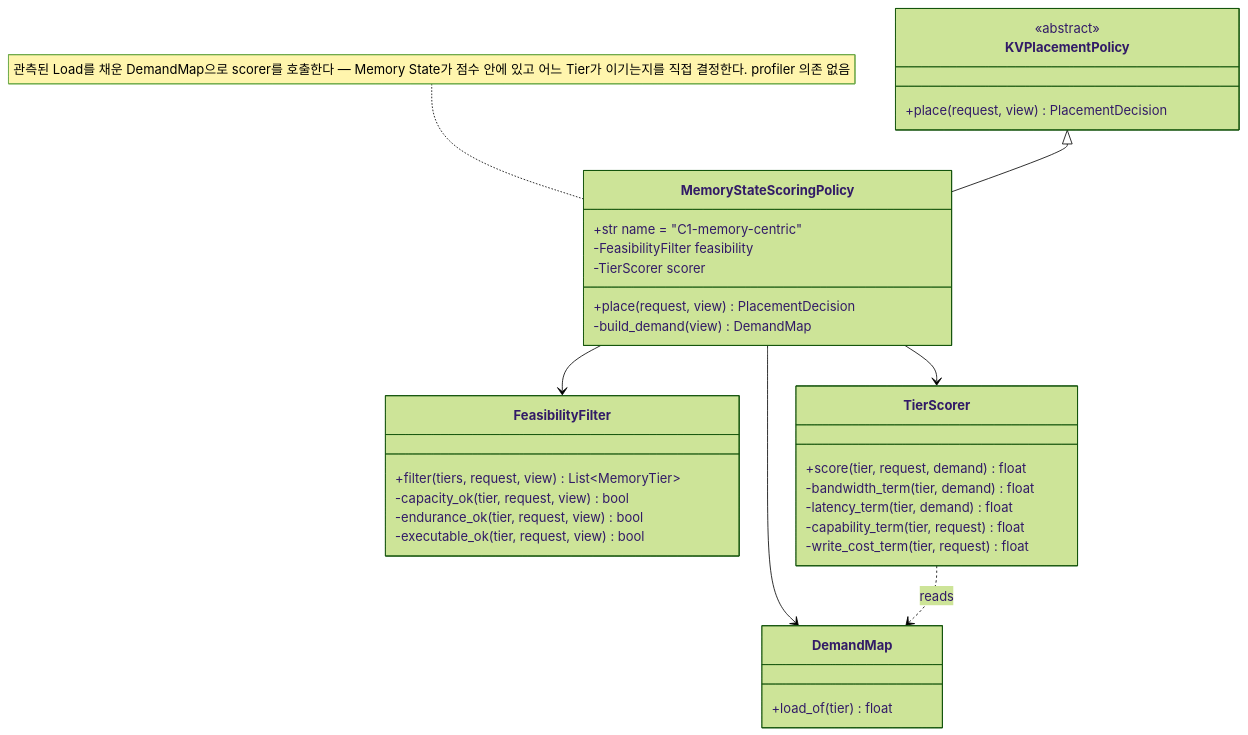
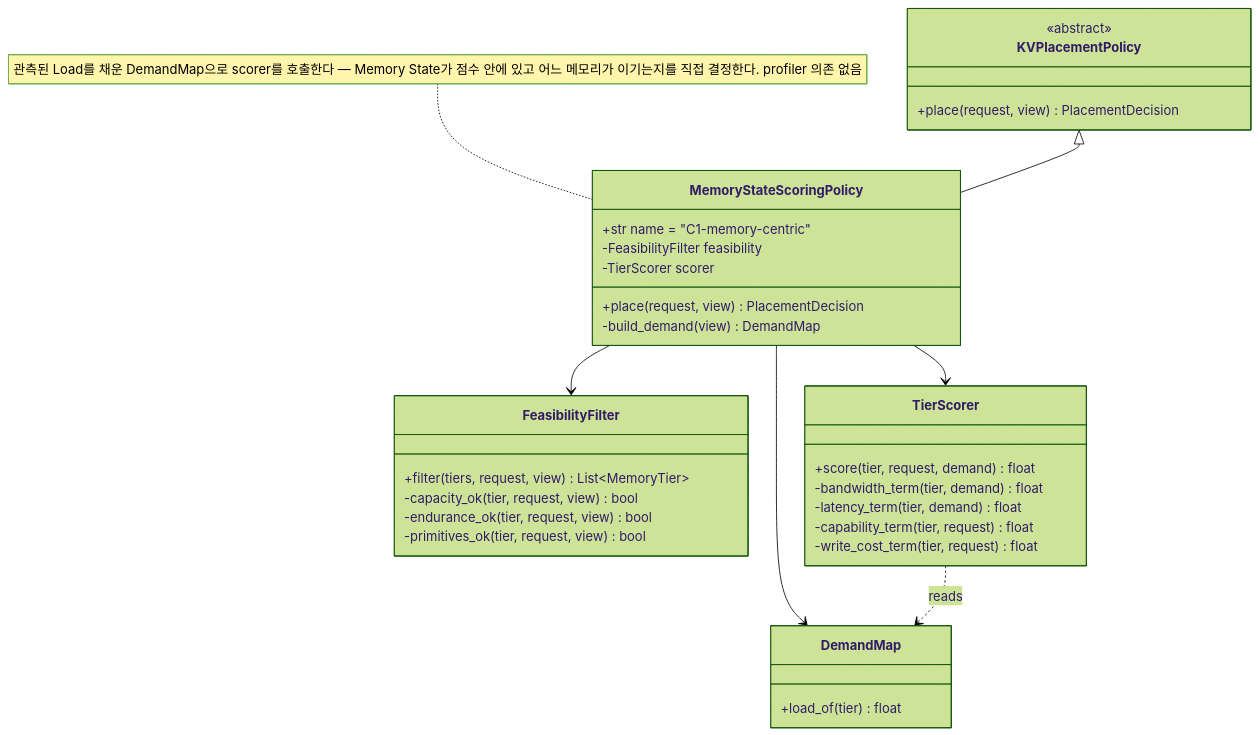
One commit to mkim0628/vllm changed the third of 8 diagrams in doc-architect/dp1-implementation-uml.md. Above: the diagram before and after it, drawn with Mermaid (forest theme). The commit also changed other lines of this file and 2 other files, not shown here.

````diff
--- a/doc-architect/dp1-implementation-uml.md
+++ b/doc-architect/dp1-implementation-uml.md
@@ -181,42 +237,42 @@
 ```mermaid
 classDiagram
     class KVPlacementPolicy {
         <<abstract>>
         +place(request, view) PlacementDecision
     }
 
     class MemoryStateScoringPolicy {
         +str name = "C1-memory-centric"
         -FeasibilityFilter feasibility
         -TierScorer scorer
         +place(request, view) PlacementDecision
         -build_demand(view) DemandMap
     }
 
     class DemandMap {
         +load_of(tier) float
     }
 
     class FeasibilityFilter {
         +filter(tiers, request, view) List~MemoryTier~
         -capacity_ok(tier, request, view) bool
         -endurance_ok(tier, request, view) bool
-        -executable_ok(tier, request, view) bool
+        -primitives_ok(tier, request, view) bool
     }
 
     class TierScorer {
         +score(tier, request, demand) float
         -bandwidth_term(tier, demand) float
         -latency_term(tier, demand) float
         -capability_term(tier, request) float
         -write_cost_term(tier, request) float
     }
 
     KVPlacementPolicy <|-- MemoryStateScoringPolicy
     MemoryStateScoringPolicy --> FeasibilityFilter
     MemoryStateScoringPolicy --> TierScorer
     MemoryStateScoringPolicy --> DemandMap
     TierScorer ..> DemandMap : reads
 
-    note for MemoryStateScoringPolicy "관측된 Load를 채운 DemandMap으로 scorer를 호출한다 — Memory State가 점수 안에 있고 어느 Tier가 이기는지를 직접 결정한다. profiler 의존 없음"
+    note for MemoryStateScoringPolicy "관측된 Load를 채운 DemandMap으로 scorer를 호출한다 — Memory State가 점수 안에 있고 어느 메모리가 이기는지를 직접 결정한다. profiler 의존 없음"
 ```
````
